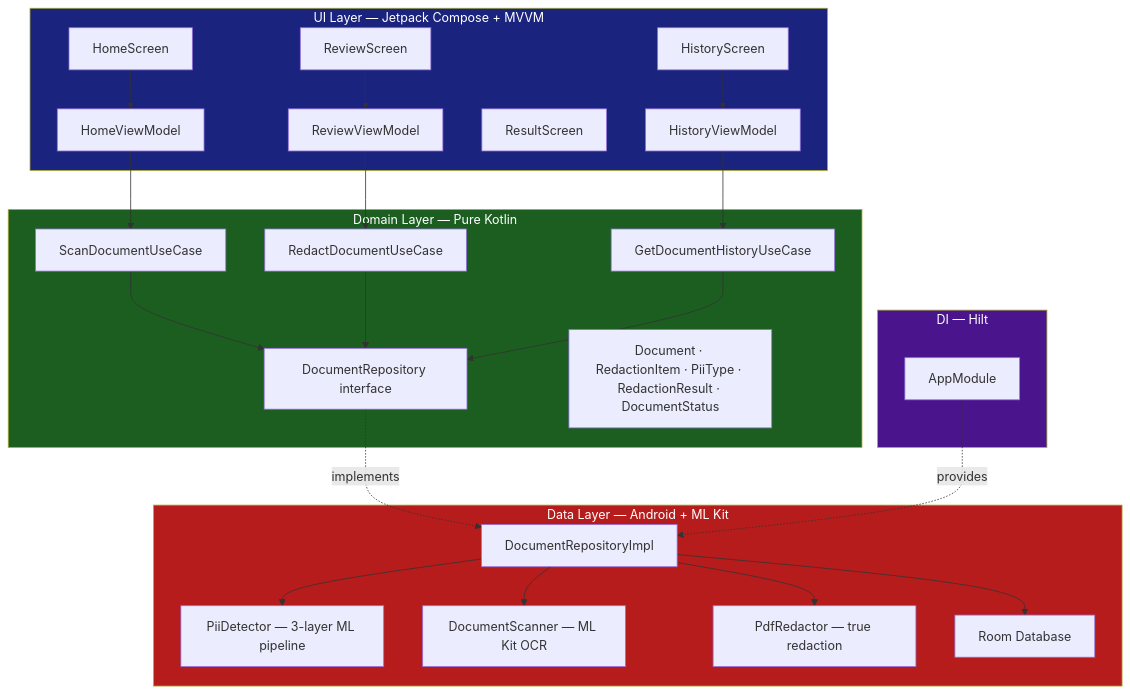
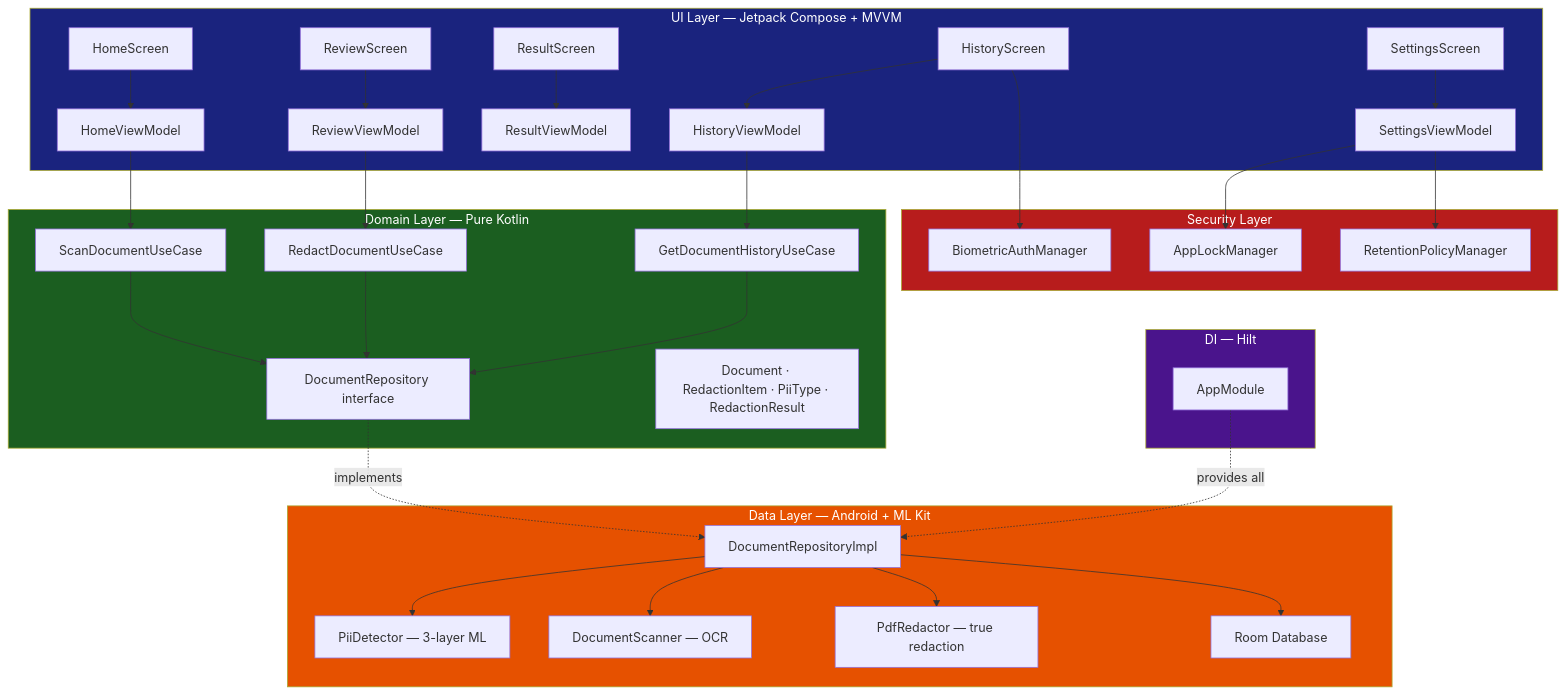
The first of 3 diagrams in README.md (lakshmanreddymv-bot/EnterpriseDocumentRedactor), drawn with Mermaid before and after one commit. The commit also changed other lines of this file and 6 other files, not shown here.

````diff
--- a/README.md
+++ b/README.md
@@ -51,42 +102,52 @@
 ```mermaid
 graph TB
 subgraph UI["UI Layer — Jetpack Compose + MVVM"]
 HS[HomeScreen] --> HVM[HomeViewModel]
 RS[ReviewScreen] --> RVM[ReviewViewModel]
-RES[ResultScreen]
+RES[ResultScreen] --> RESVM[ResultViewModel]
 HIS[HistoryScreen] --> HIVM[HistoryViewModel]
+SS[SettingsScreen] --> SVM[SettingsViewModel]
+end
+subgraph SECURITY["Security Layer"]
+BAM[BiometricAuthManager]
+ALM[AppLockManager]
+RPM[RetentionPolicyManager]
 end
 subgraph DOMAIN["Domain Layer — Pure Kotlin"]
 SUC[ScanDocumentUseCase]
 RUC[RedactDocumentUseCase]
 GHC[GetDocumentHistoryUseCase]
 DR[DocumentRepository interface]
-MOD[Document · RedactionItem · PiiType · RedactionResult · DocumentStatus]
+MOD[Document · RedactionItem · PiiType · RedactionResult]
 end
 subgraph DATA["Data Layer — Android + ML Kit"]
 DRI[DocumentRepositoryImpl]
-PD[PiiDetector — 3-layer ML pipeline]
-DS[DocumentScanner — ML Kit OCR]
+PD[PiiDetector — 3-layer ML]
+DS[DocumentScanner — OCR]
 PR[PdfRedactor — true redaction]
 DB[Room Database]
 end
 subgraph DI["DI — Hilt"]
 AM[AppModule]
 end
 HVM --> SUC
 RVM --> RUC
 HIVM --> GHC
 SUC --> DR
 RUC --> DR
 GHC --> DR
 DR -.->|implements| DRI
 DRI --> PD
 DRI --> DS
 DRI --> PR
 DRI --> DB
-AM -.->|provides| DRI
+SVM --> ALM
+SVM --> RPM
+HIS --> BAM
+AM -.->|provides all| DRI
 style UI fill:#1a237e,color:#fff
+style SECURITY fill:#b71c1c,color:#fff
 style DOMAIN fill:#1b5e20,color:#fff
-style DATA fill:#b71c1c,color:#fff
+style DATA fill:#e65100,color:#fff
 style DI fill:#4a148c,color:#fff
 ```
````
